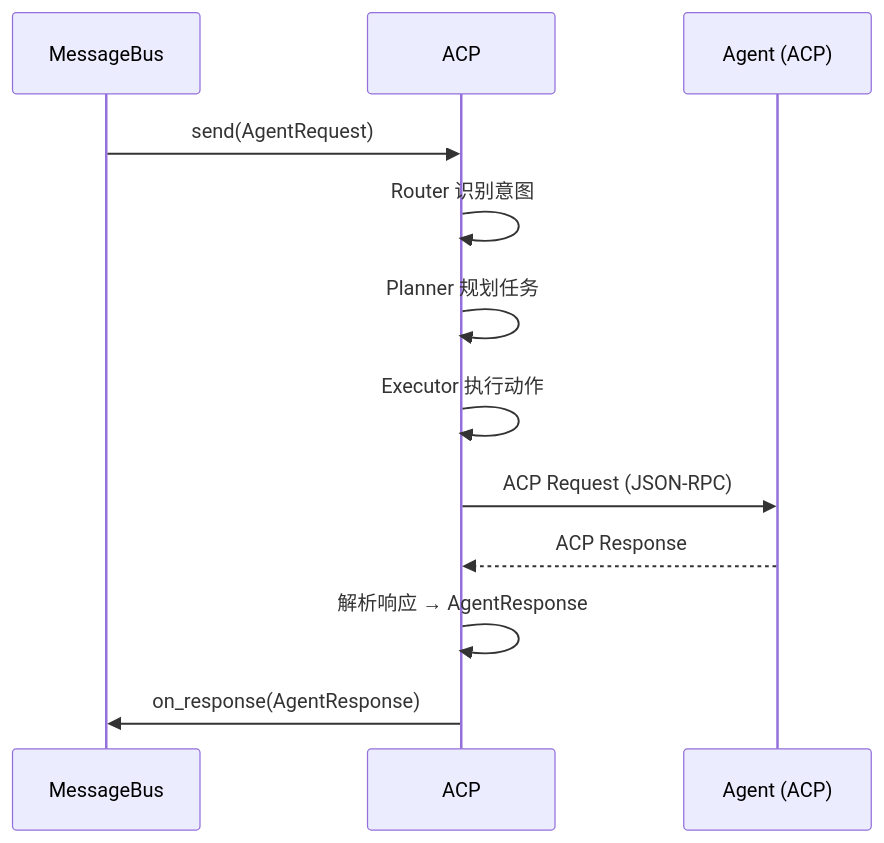
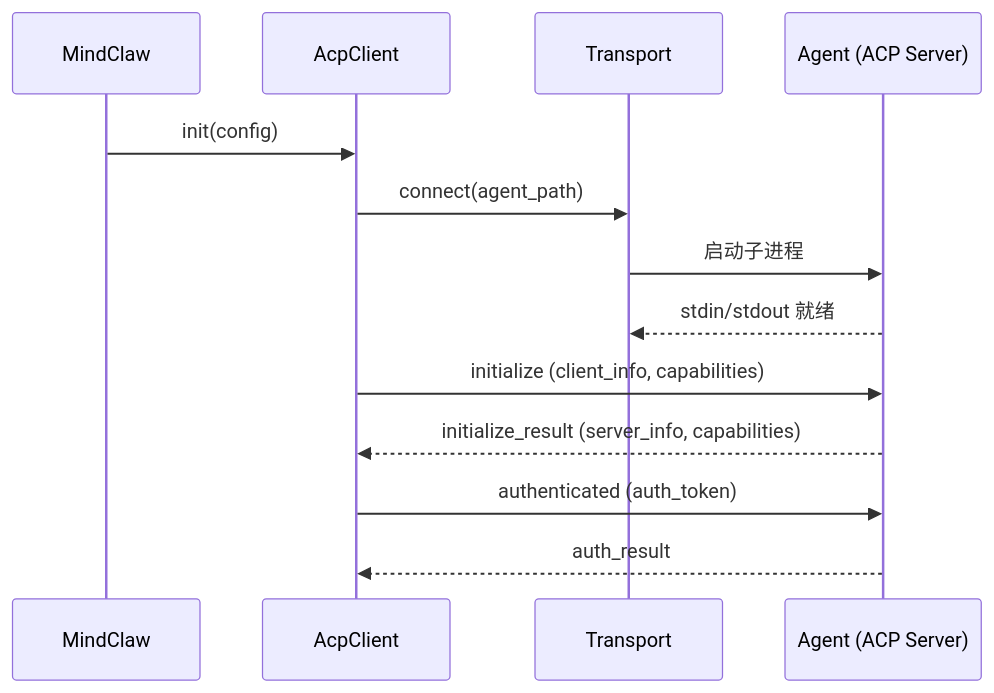
One commit to zhuxining/MindClaw changed the first of 3 diagrams in docs/architecture/30-acp-client.md. Above: the diagram before and after it, drawn with Mermaid. The commit also changed other lines of this file and 8 other files, not shown here.

````diff
--- a/docs/architecture/30-acp-client.md
+++ b/docs/architecture/30-acp-client.md
@@ -73,15 +86,16 @@
 ```mermaid
 sequenceDiagram
-    participant MB as MessageBus
-    participant AC as ACP
-    participant AG as Agent (ACP)
+    participant MC as MindClaw
+    participant AC as AcpClient
+    participant TR as Transport
+    participant AG as Agent (ACP Server)
 
-    MB->>AC: send(AgentRequest)
-    AC->>AC: Router 识别意图
-    AC->>AC: Planner 规划任务
-    AC->>AC: Executor 执行动作
-    AC->>AG: ACP Request (JSON-RPC)
-    AG-->>AC: ACP Response
-    AC->>AC: 解析响应 → AgentResponse
-    AC->>MB: on_response(AgentResponse)
+    MC->>AC: init(config)
+    AC->>TR: connect(agent_path)
+    TR->>AG: 启动子进程
+    AG-->>TR: stdin/stdout 就绪
+    AC->>AG: initialize (client_info, capabilities)
+    AG-->>AC: initialize_result (server_info, capabilities)
+    AC->>AG: authenticated (auth_token)
+    AG-->>AC: auth_result
 ```
````
